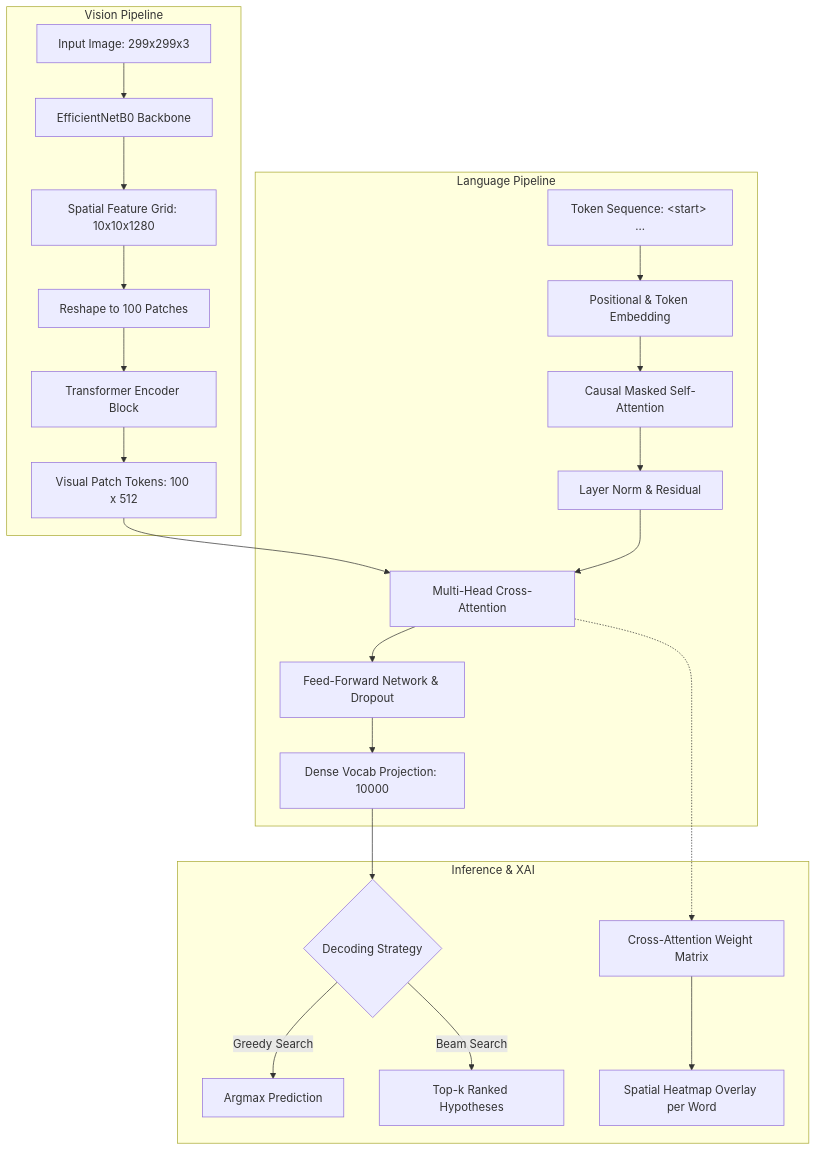
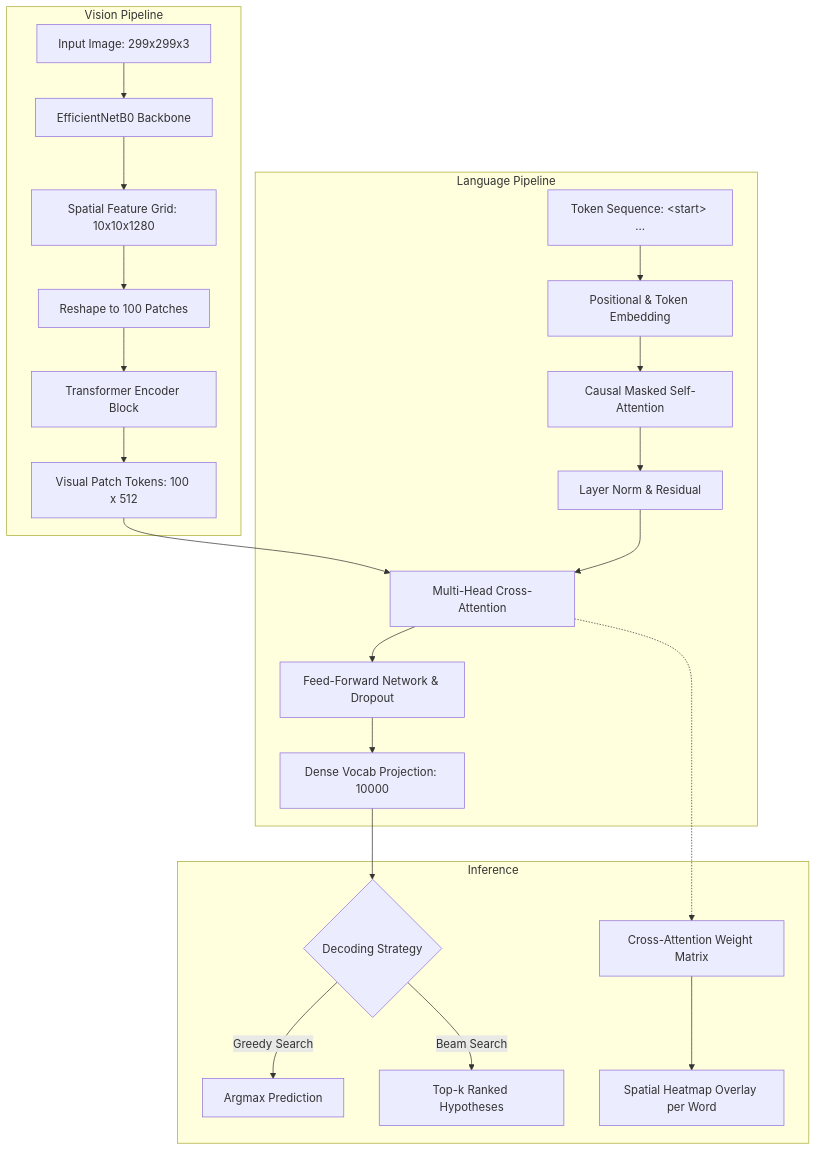
The diagram in README.md (Sentientbee/Image-Captioning-with-EfficientNetB0-Transformers), drawn with Mermaid before and after one commit. The commit also changed other lines of this file, not shown here.

````diff
--- a/README.md
+++ b/README.md
@@ -27,27 +25,27 @@
 ```mermaid
 flowchart TD
     subgraph Vision Pipeline
         A[Input Image: 299x299x3] --> B[EfficientNetB0 Backbone]
         B --> C[Spatial Feature Grid: 10x10x1280]
         C --> D[Reshape to 100 Patches]
         D --> E[Transformer Encoder Block]
         E --> F[Visual Patch Tokens: 100 x 512]
     end
 
     subgraph Language Pipeline
         G[Token Sequence: &lt;start&gt; ... ] --> H[Positional & Token Embedding]
         H --> I[Causal Masked Self-Attention]
         I --> J[Layer Norm & Residual]
         F & J --> K[Multi-Head Cross-Attention]
         K --> L[Feed-Forward Network & Dropout]
         L --> M[Dense Vocab Projection: 10000]
     end
 
-    subgraph Inference & XAI
+    subgraph Inference
         M --> N{Decoding Strategy}
         N -->|Greedy Search| O[Argmax Prediction]
         N -->|Beam Search| P[Top-k Ranked Hypotheses]
         K -.-> Q[Cross-Attention Weight Matrix]
         Q --> R[Spatial Heatmap Overlay per Word]
     end
 ```
````
